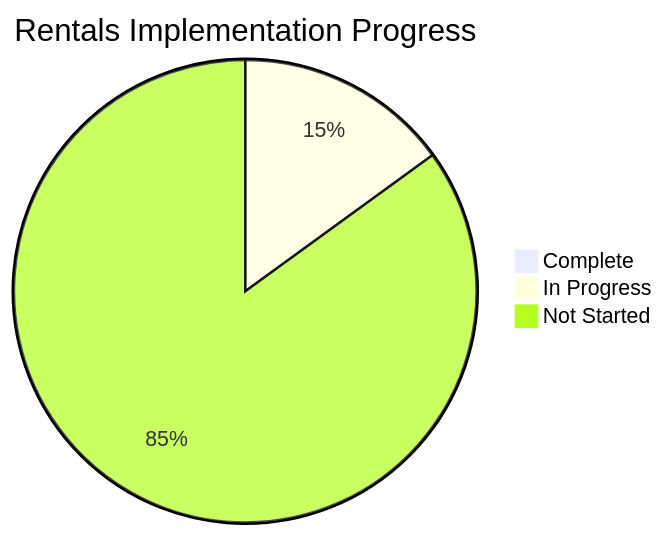
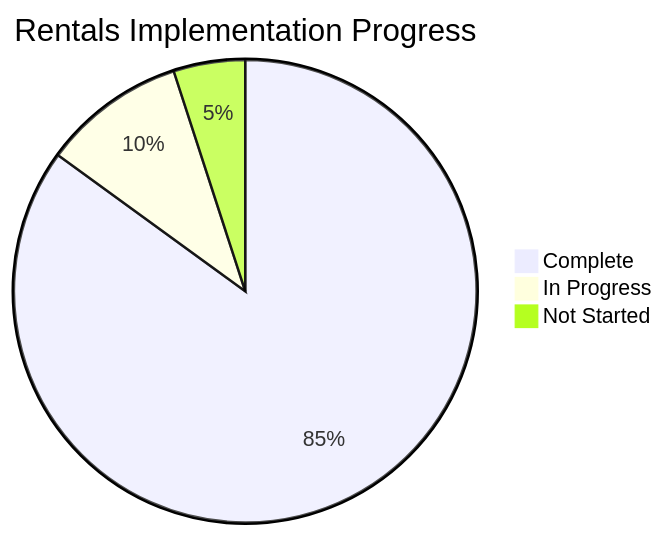
Before and after one commit to amo-tech-ai/mdeai: the first of 3 diagrams in docs/tasks/07-rentals/00-rentals-index.md, drawn with Mermaid. The commit also changed other lines of this file and 4 other files, not shown here.

````diff
--- a/docs/tasks/07-rentals/00-rentals-index.md
+++ b/docs/tasks/07-rentals/00-rentals-index.md
@@ -10,6 +10,6 @@
 ```mermaid
 pie title Rentals Implementation Progress
-    "Complete" : 0
-    "In Progress" : 15
-    "Not Started" : 85
+    "Complete" : 85
+    "In Progress" : 10
+    "Not Started" : 5
 ```
````
